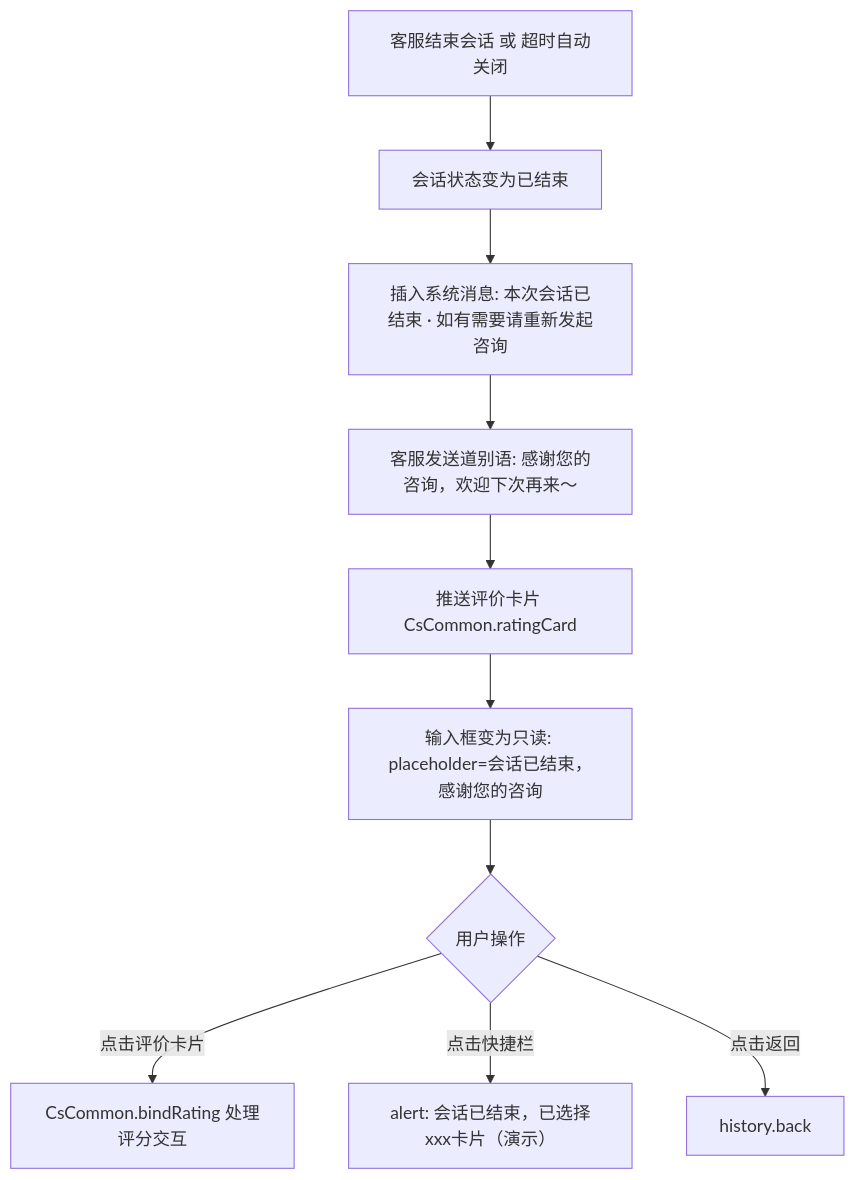
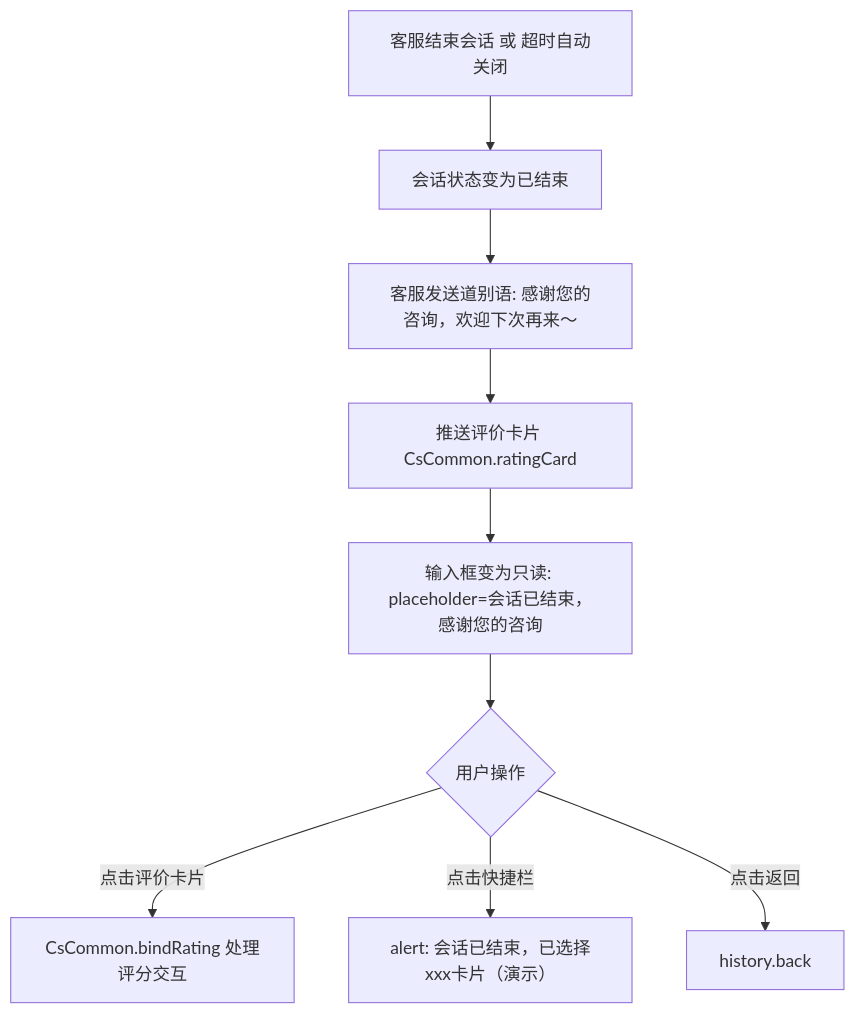
One commit to lyuxiaohei/OCS changed the sixth of 9 diagrams in prototype-cs/user/PRD/02-聊天主界面.md. Above: the diagram before and after it, drawn with Mermaid. The commit also changed other lines of this file and 19 other files, not shown here.

````diff
--- a/prototype-cs/user/PRD/02-聊天主界面.md
+++ b/prototype-cs/user/PRD/02-聊天主界面.md
@@ -203,12 +199,11 @@
 ```mermaid
 flowchart TD
     A[客服结束会话 或 超时自动关闭] --> B[会话状态变为已结束]
-    B --> C[插入系统消息: 本次会话已结束 · 如有需要请重新发起咨询]
-    C --> D[客服发送道别语: 感谢您的咨询，欢迎下次再来～]
+    B --> D[客服发送道别语: 感谢您的咨询，欢迎下次再来～]
     D --> E[推送评价卡片 CsCommon.ratingCard]
     E --> F[输入框变为只读: placeholder=会话已结束，感谢您的咨询]
     F --> G{用户操作}
     G -->|点击评价卡片| H[CsCommon.bindRating 处理评分交互]
     G -->|点击快捷栏| I[alert: 会话已结束，已选择xxx卡片（演示）]
     G -->|点击返回| J[history.back]
 ```
````
